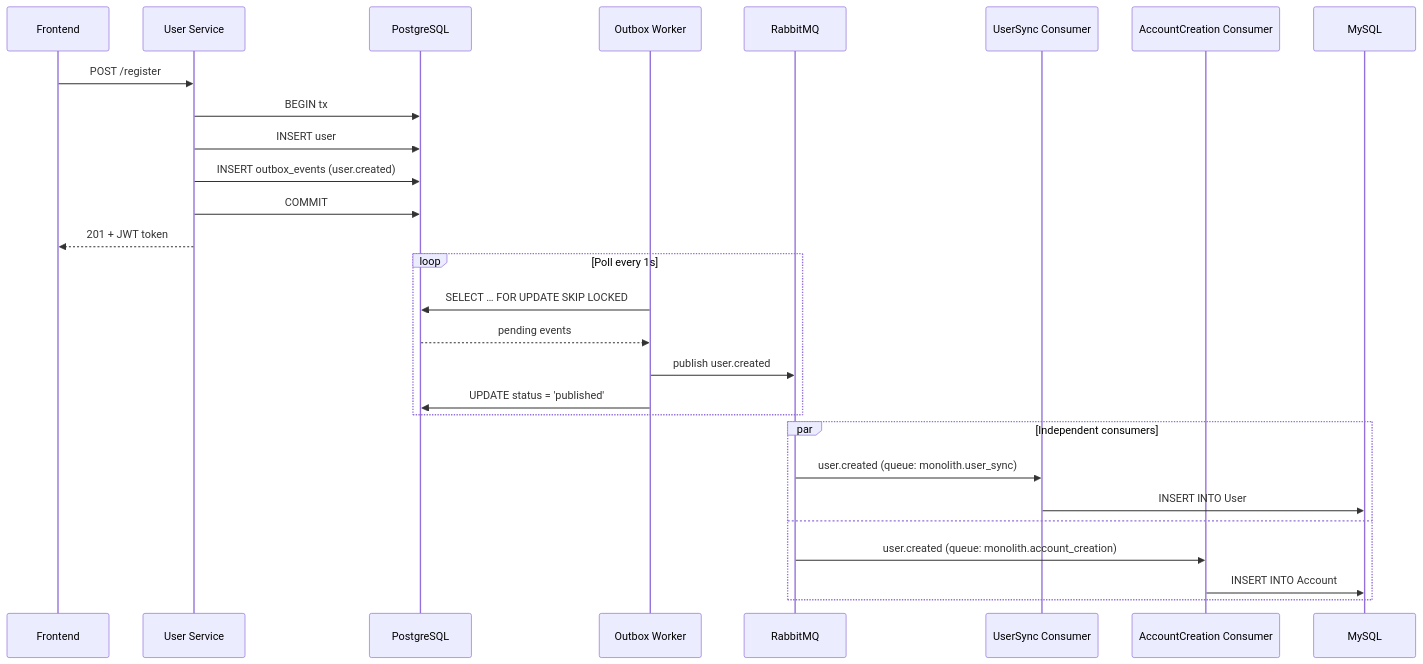
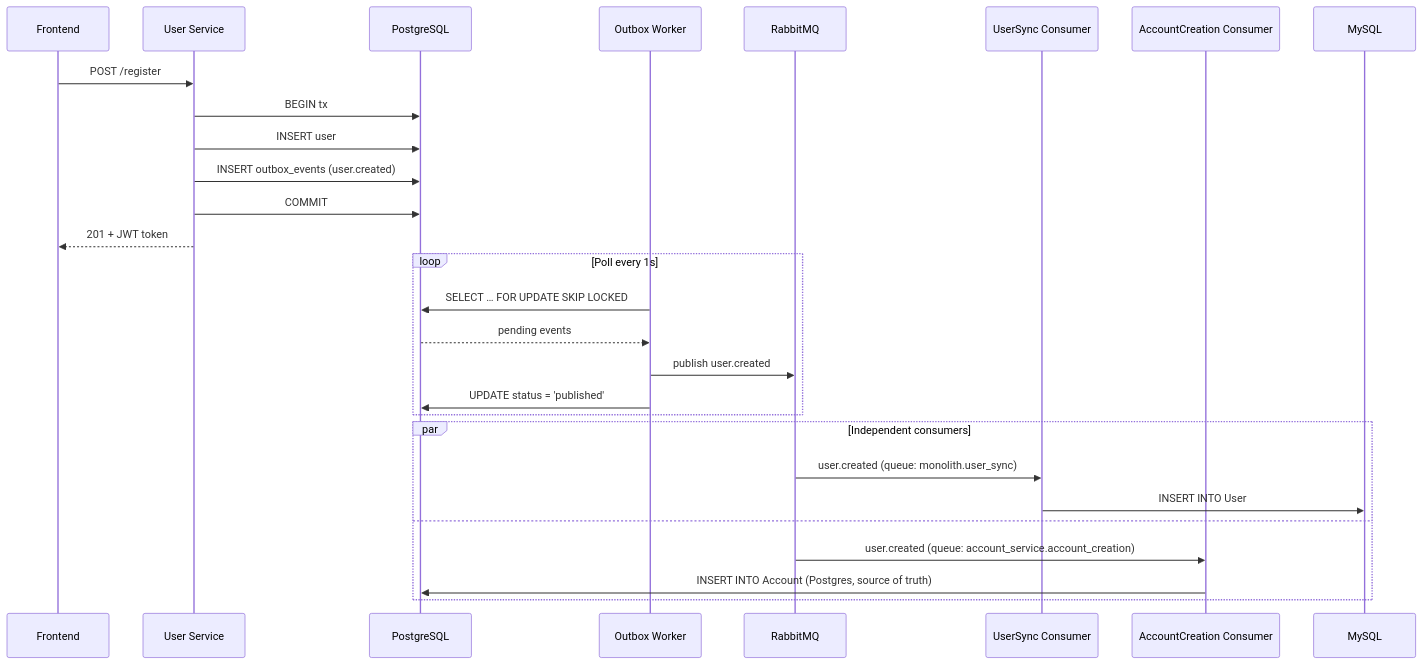
One commit to Jothom2912/Finance-Tracker changed the fifth of 5 diagrams in README.md. Above: the diagram before and after it, drawn with Mermaid. The commit also changed other lines of this file and 1 other file, not shown here.

First line of the commit message:
Update documentation for account-service and ai-service

````diff
--- a/README.md
+++ b/README.md
@@ -452,33 +490,33 @@
 ```mermaid
 sequenceDiagram
     participant FE as Frontend
     participant US as User Service
     participant PG as PostgreSQL
     participant OW as Outbox Worker
     participant RMQ as RabbitMQ
     participant USC as UserSync Consumer
     participant ACC as AccountCreation Consumer
     participant MYSQL as MySQL
 
     FE->>US: POST /register
     US->>PG: BEGIN tx
     US->>PG: INSERT user
     US->>PG: INSERT outbox_events (user.created)
     US->>PG: COMMIT
     US-->>FE: 201 + JWT token
 
     loop Poll every 1s
         OW->>PG: SELECT … FOR UPDATE SKIP LOCKED
         PG-->>OW: pending events
         OW->>RMQ: publish user.created
         OW->>PG: UPDATE status = 'published'
     end
 
     par Independent consumers
         RMQ->>USC: user.created (queue: monolith.user_sync)
         USC->>MYSQL: INSERT INTO User
     and
-        RMQ->>ACC: user.created (queue: monolith.account_creation)
-        ACC->>MYSQL: INSERT INTO Account
+        RMQ->>ACC: user.created (queue: account_service.account_creation)
+        ACC->>PG: INSERT INTO Account (Postgres, source of truth)
     end
 ```
````
